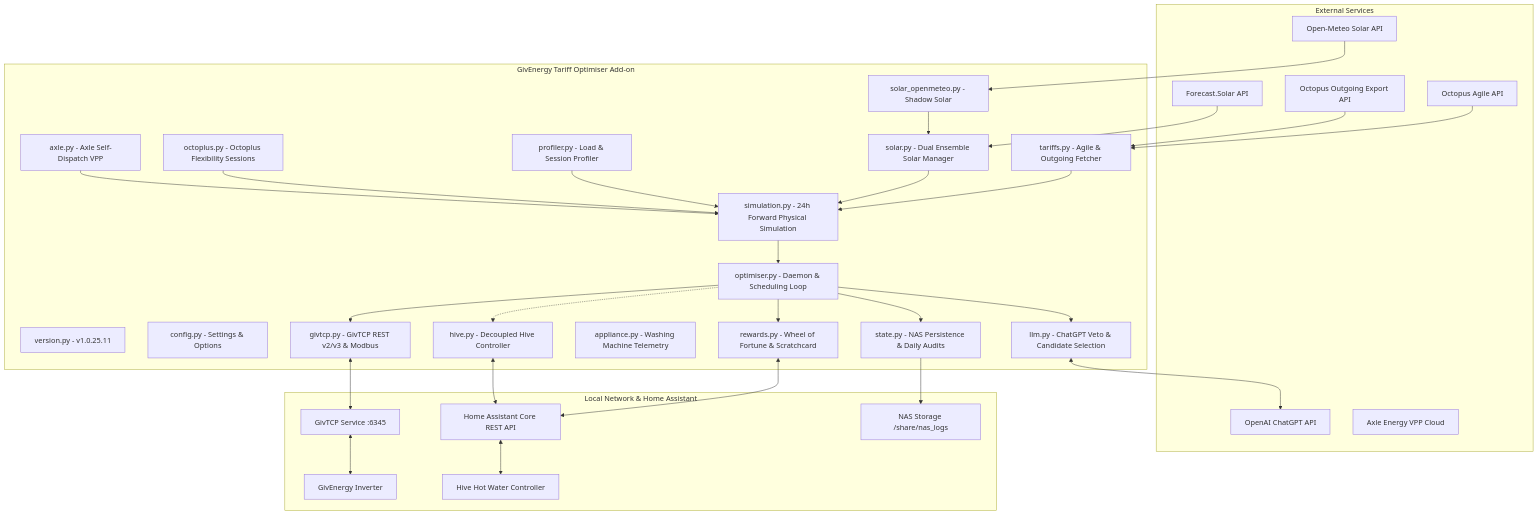
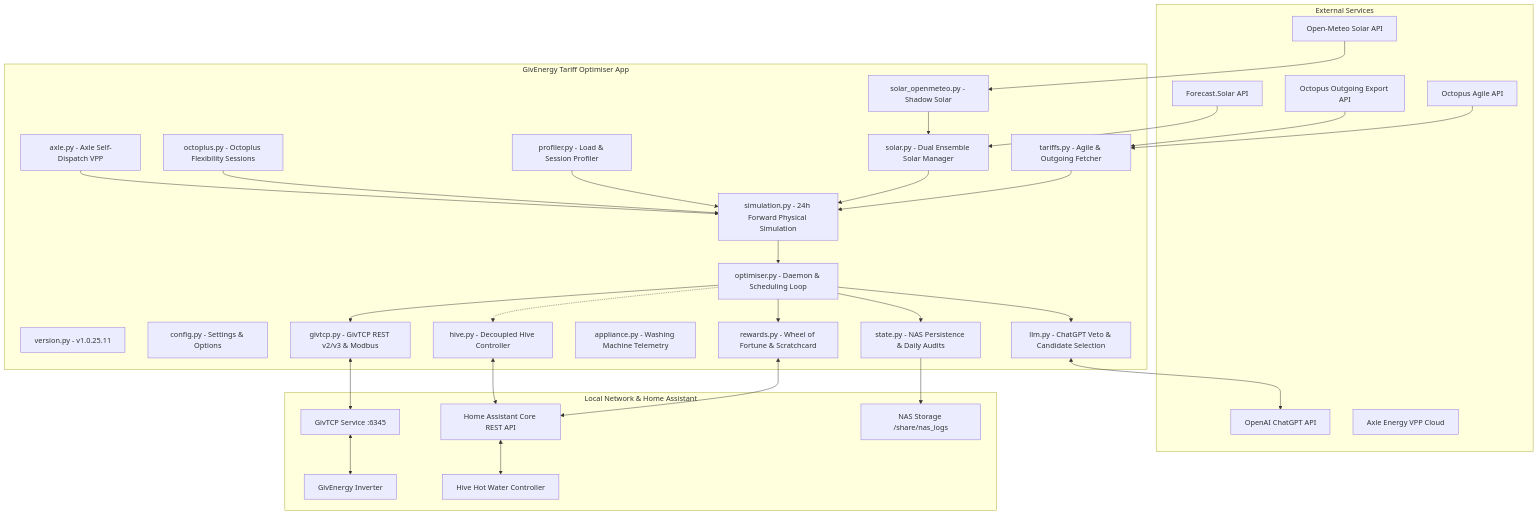
The first of 3 diagrams in ha-addon/SPECIFICATION.md (revhawk/GivEnergy_Tracker), drawn with Mermaid before and after one commit. The commit also changed other lines of this file and 9 other files, not shown here.

````diff
--- a/ha-addon/SPECIFICATION.md
+++ b/ha-addon/SPECIFICATION.md
@@ -19,67 +19,67 @@
 ```mermaid
 graph TD
-    subgraph External Services
+    subgraph External["External Services"]
         Agile["Octopus Agile API"]
         Outgoing["Octopus Outgoing Export API"]
         FSolar["Forecast.Solar API"]
         OMeteo["Open-Meteo Solar API"]
         OpenAI["OpenAI ChatGPT API"]
         Axle_Cloud["Axle Energy VPP Cloud"]
     end
 
-    subgraph GivEnergy Tariff Optimiser Add-on
+    subgraph App["GivEnergy Tariff Optimiser App"]
         Version["version.py - v1.0.25.11"]
         Config["config.py - Settings & Options"]
         Optimiser["optimiser.py - Daemon & Scheduling Loop"]
         SimEngine["simulation.py - 24h Forward Physical Simulation"]
         Tariff_Mod["tariffs.py - Agile & Outgoing Fetcher"]
         Solar_Mod["solar.py - Dual Ensemble Solar Manager"]
         Meteo_Mod["solar_openmeteo.py - Shadow Solar"]
         Profiler_Mod["profiler.py - Load & Session Profiler"]
         GivTCP_Mod["givtcp.py - GivTCP REST v2/v3 & Modbus"]
         Octoplus_Mod["octoplus.py - Octoplus Flexibility Sessions"]
         Axle_Mod["axle.py - Axle Self-Dispatch VPP"]
         Rewards_Mod["rewards.py - Wheel of Fortune & Scratchcard"]
         Appliance_Mod["appliance.py - Washing Machine Telemetry"]
         State_Mod["state.py - NAS Persistence & Daily Audits"]
         LLM_Mod["llm.py - ChatGPT Veto & Candidate Selection"]
         Hive_Mod["hive.py - Decoupled Hive Controller"]
     end
 
-    subgraph Local Network & Home Assistant
+    subgraph Local["Local Network & Home Assistant"]
         GivTCP["GivTCP Service :6345"]
         Inverter["GivEnergy Inverter"]
         HA_API["Home Assistant Core REST API"]
         NAS_Share["NAS Storage /share/nas_logs"]
         Hive["Hive Hot Water Controller"]
     end
 
     Agile --> Tariff_Mod
     Outgoing --> Tariff_Mod
     FSolar --> Solar_Mod
     OMeteo --> Meteo_Mod
     Meteo_Mod --> Solar_Mod
 
     Tariff_Mod --> SimEngine
     Solar_Mod --> SimEngine
     Profiler_Mod --> SimEngine
     Octoplus_Mod --> SimEngine
     Axle_Mod --> SimEngine
 
     SimEngine --> Optimiser
     Optimiser --> LLM_Mod
     LLM_Mod <--> OpenAI
     Optimiser --> GivTCP_Mod
     GivTCP_Mod <--> GivTCP
     GivTCP <--> Inverter
 
     Optimiser --> State_Mod
     State_Mod --> NAS_Share
 
     Optimiser --> Rewards_Mod
     Rewards_Mod <--> HA_API
 
     Optimiser -.-> Hive_Mod
     Hive_Mod <--> HA_API
     HA_API <--> Hive
 ```
````
